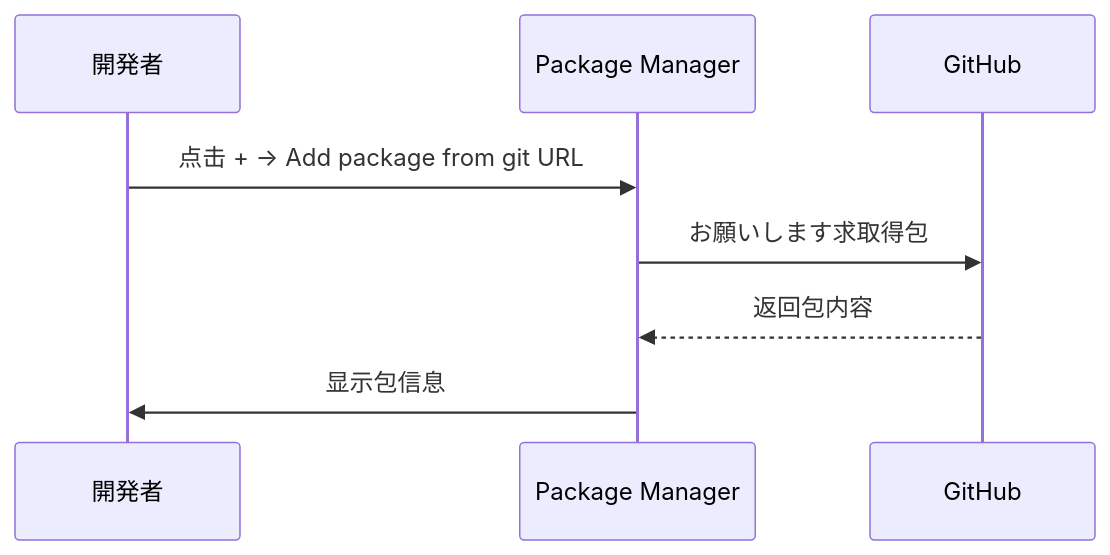
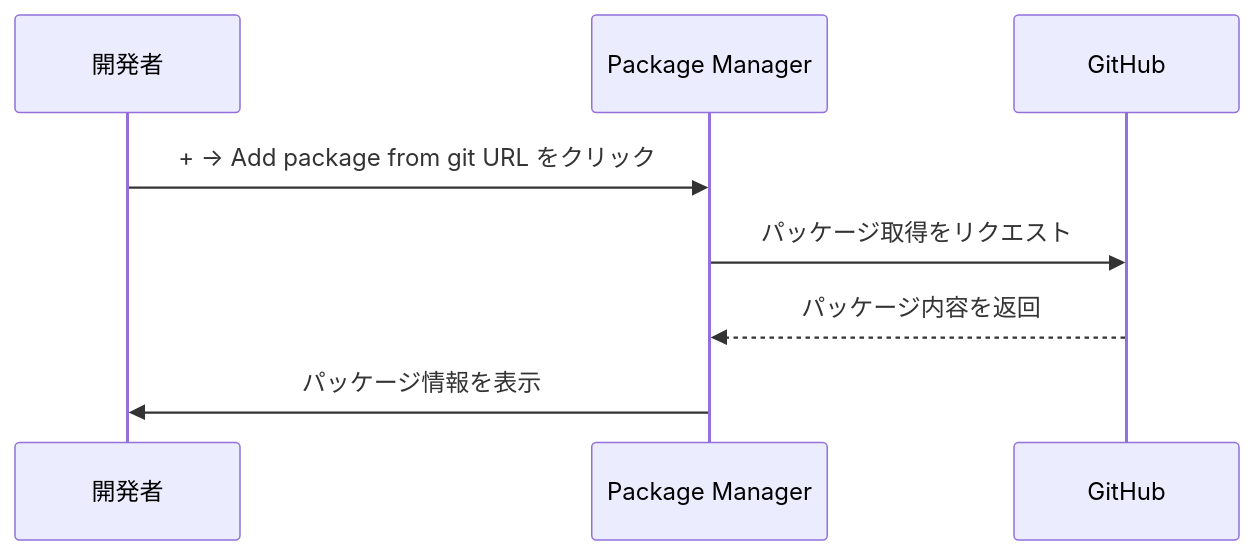
One commit to AlianBlank/GameFrameX.Docs changed the second of 2 diagrams in docs/ja/client/unity/component/event/02.installation.md. Above: the diagram before and after it, drawn with Mermaid. The commit also changed other lines of this file and 320 other files, not shown here.

````diff
--- a/docs/ja/client/unity/component/event/02.installation.md
+++ b/docs/ja/client/unity/component/event/02.installation.md
@@ -76,11 +76,11 @@
 ```mermaid
 sequenceDiagram
     participant User as 開発者
     participant PM as Package Manager
     participant Git as GitHub
 
-    User->>PM: 点击 + → Add package from git URL
-    PM->>Git: お願いします求取得包
-    Git-->>PM: 返回包内容
-    PM->>User: 显示包信息
+    User->>PM: + → Add package from git URL をクリック
+    PM->>Git: パッケージ取得をリクエスト
+    Git-->>PM: パッケージ内容を返回
+    PM->>User: パッケージ情報を表示
 ```
````
